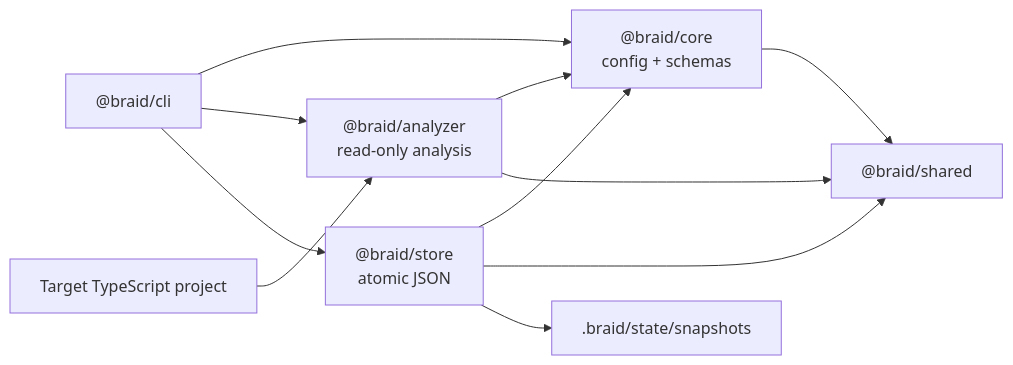
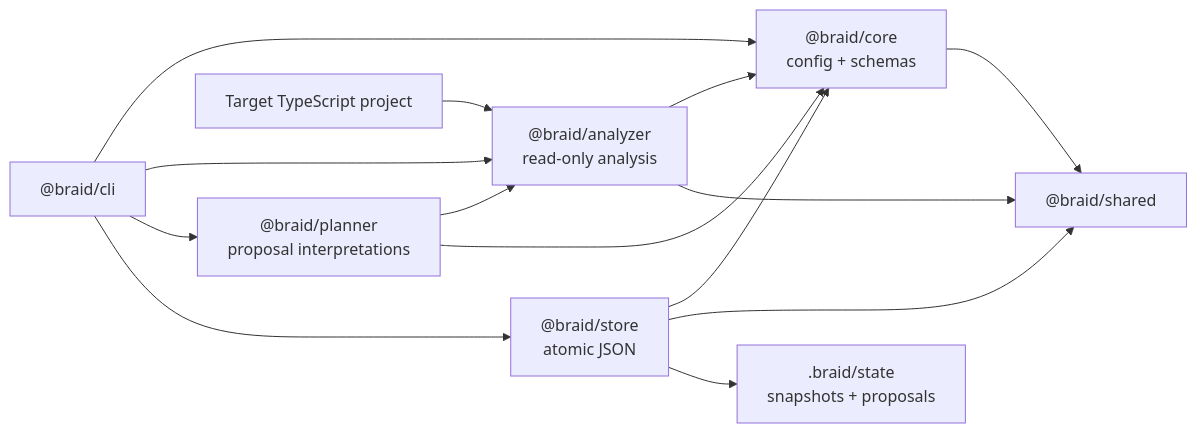
Before and after one commit to ting10688/braid: the first of 2 diagrams in docs/architecture.md, drawn with Mermaid. The commit also changed other lines of this file and 4 other files, not shown here.

Commit message:
docs: document migration proposal architecture

````diff
--- a/docs/architecture.md
+++ b/docs/architecture.md
@@ -11,13 +12,16 @@
 ```mermaid
 flowchart LR
     CLI["@braid/cli"] --> Core["@braid/core<br/>config + schemas"]
     CLI --> Analyzer["@braid/analyzer<br/>read-only analysis"]
+    CLI --> Planner["@braid/planner<br/>proposal interpretations"]
     CLI --> Store["@braid/store<br/>atomic JSON"]
     Analyzer --> Core
+    Planner --> Analyzer
+    Planner --> Core
     Store --> Core
     Core --> Shared["@braid/shared"]
     Analyzer --> Shared
     Store --> Shared
     Project["Target TypeScript project"] --> Analyzer
-    Store --> State[".braid/state/snapshots"]
+    Store --> State[".braid/state<br/>snapshots + proposals"]
 ```
````
